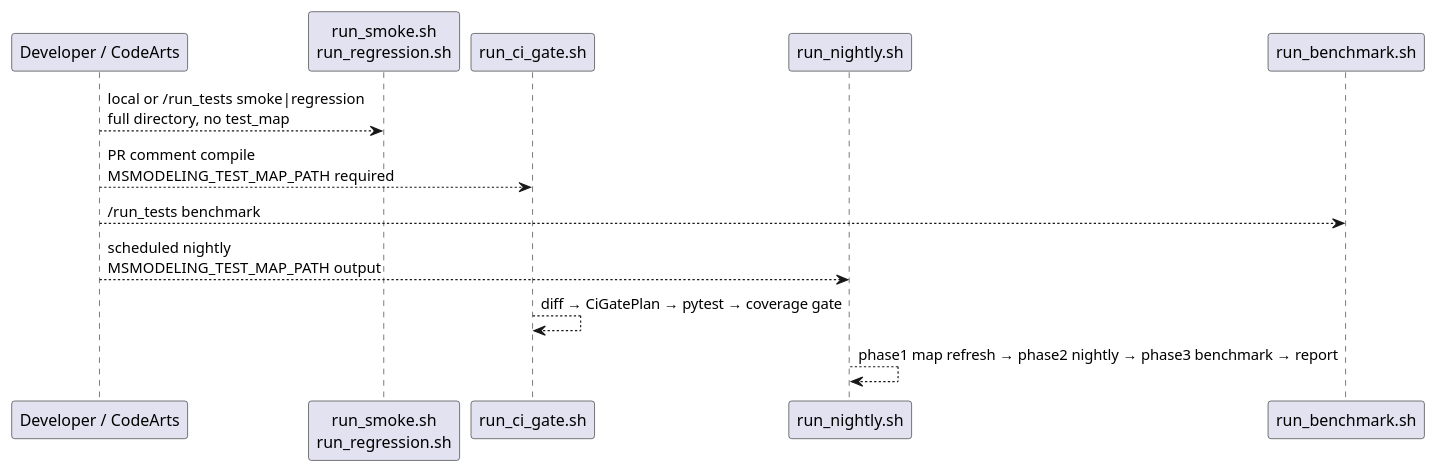
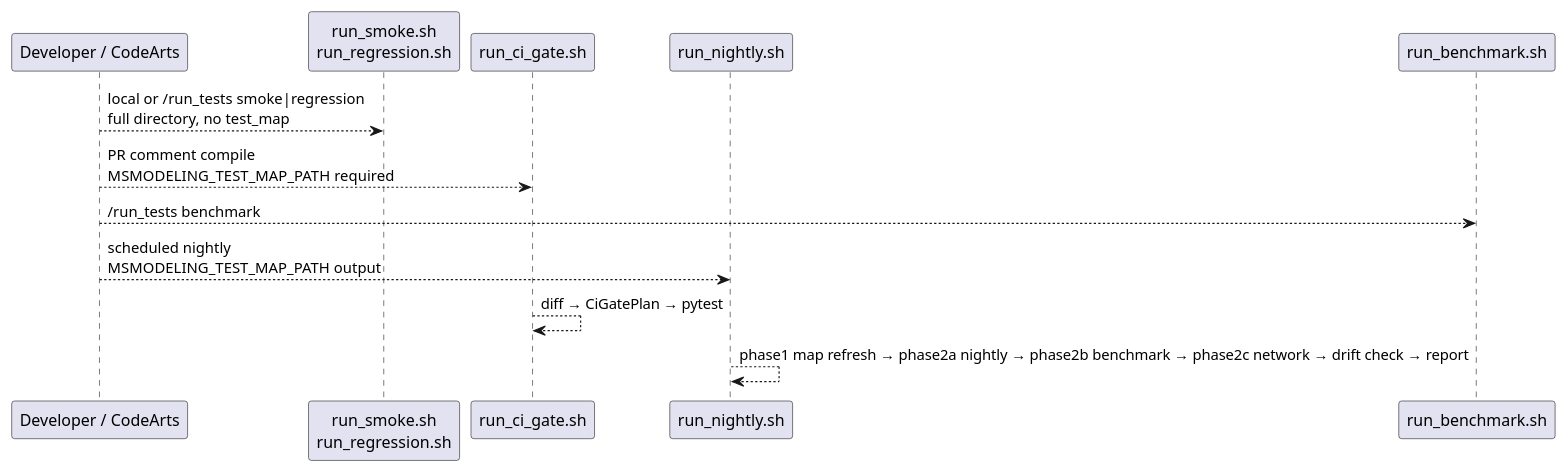
One commit to Ascend/msmodeling changed the first of 4 diagrams in docs/design/ut_refactor.md. Above: the diagram before and after it, drawn with PlantUML. The commit also changed other lines of this file and 41 other files, not shown here.

First paragraph of the commit message:
Refactor: testing system overhaul — network marker, nightly 4-phase pipeline, config drift check, and in-process CLI coverage

````diff
--- a/docs/design/ut_refactor.md
+++ b/docs/design/ut_refactor.md
@@ -243,18 +250,18 @@
 ```plantuml
 @startuml
 skinparam shadowing false
 participant "Developer / CodeArts" as user
 participant "run_smoke.sh\nrun_regression.sh" as local
 participant "run_ci_gate.sh" as gate
 participant "run_nightly.sh" as night
 participant "run_benchmark.sh" as bench
 
 user --> local : local or /run_tests smoke|regression\nfull directory, no test_map
 user --> gate : PR comment compile\nMSMODELING_TEST_MAP_PATH required
 user --> bench : /run_tests benchmark
 user --> night : scheduled nightly\nMSMODELING_TEST_MAP_PATH output
 
-gate --> gate : diff → CiGatePlan → pytest → coverage gate
-night --> night : phase1 map refresh → phase2 nightly → phase3 benchmark → report
+gate --> gate : diff → CiGatePlan → pytest
+night --> night : phase1 map refresh → phase2a nightly → phase2b benchmark → phase2c network → drift check → report
 @enduml
 ```
````
